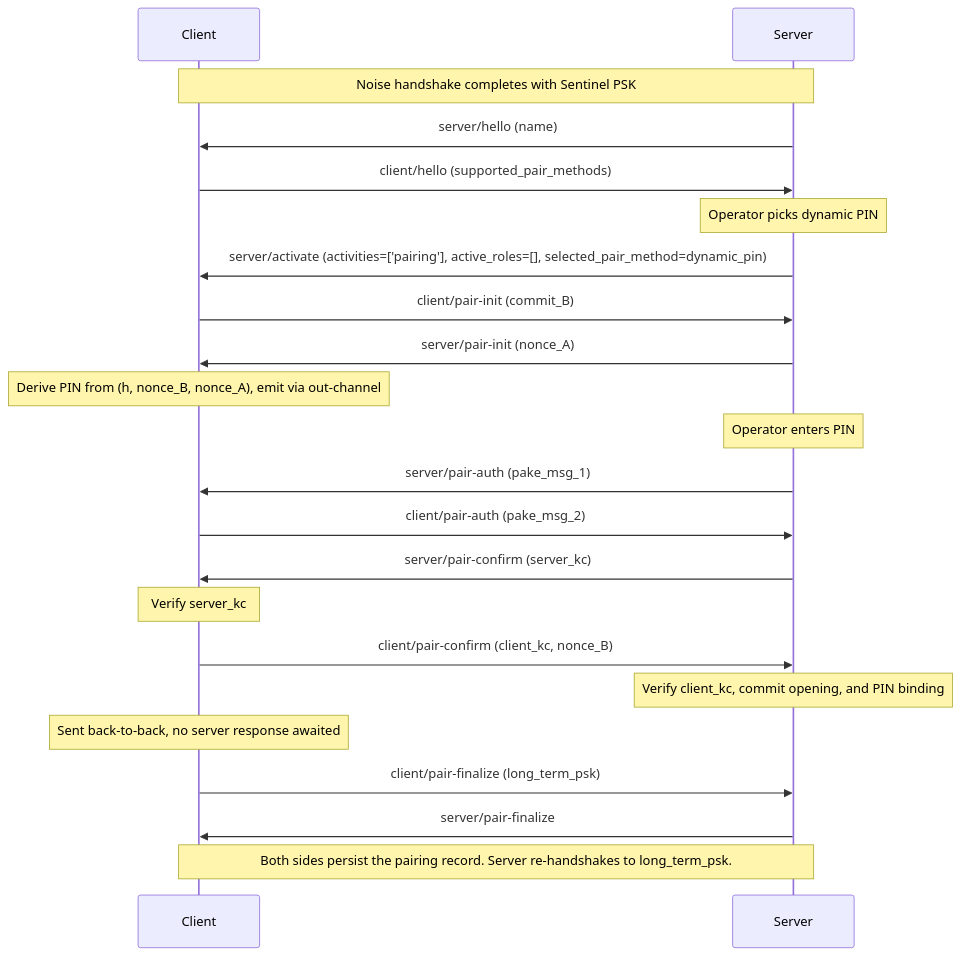
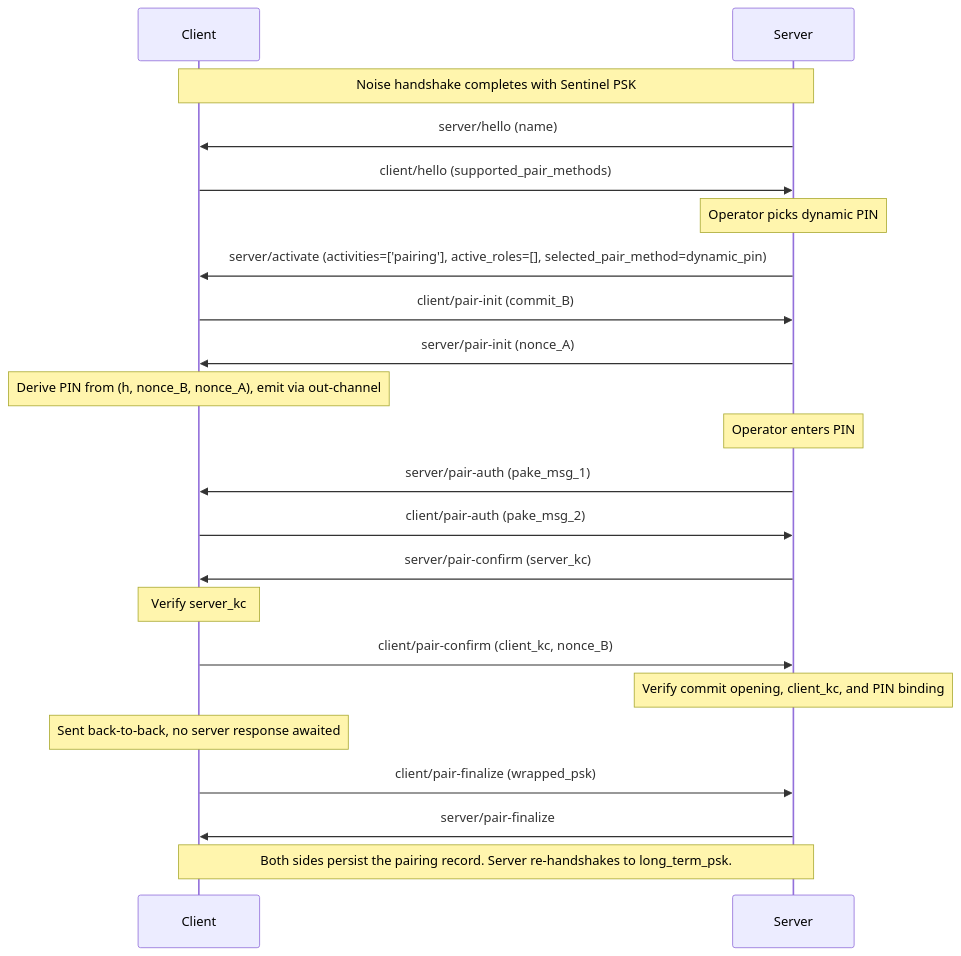
One commit to Resonate-Protocol/spec changed the third of 4 diagrams in README.md. Above: the diagram before and after it, drawn with Mermaid. The commit also changed other lines of this file, not shown here.

First line of the commit message:
Wrap PSK under CPace output

````diff
--- a/README.md
+++ b/README.md
@@ -776,26 +776,26 @@
 ```mermaid
 sequenceDiagram
     participant Client
     participant Server
 
     Note over Client,Server: Noise handshake completes with Sentinel PSK
 
     Server->>Client: server/hello (name)
     Client->>Server: client/hello (supported_pair_methods)
     Note over Server: Operator picks dynamic PIN
     Server->>Client: server/activate (activities=['pairing'], active_roles=[], selected_pair_method=dynamic_pin)
     Client->>Server: client/pair-init (commit_B)
     Server->>Client: server/pair-init (nonce_A)
     Note over Client: Derive PIN from (h, nonce_B, nonce_A), emit via out-channel
     Note over Server: Operator enters PIN
     Server->>Client: server/pair-auth (pake_msg_1)
     Client->>Server: client/pair-auth (pake_msg_2)
     Server->>Client: server/pair-confirm (server_kc)
     Note over Client: Verify server_kc
     Client->>Server: client/pair-confirm (client_kc, nonce_B)
-    Note over Server: Verify client_kc, commit opening, and PIN binding
+    Note over Server: Verify commit opening, client_kc, and PIN binding
     Note over Client: Sent back-to-back, no server response awaited
-    Client->>Server: client/pair-finalize (long_term_psk)
+    Client->>Server: client/pair-finalize (wrapped_psk)
     Server->>Client: server/pair-finalize
     Note over Client,Server: Both sides persist the pairing record. Server re-handshakes to long_term_psk.
 ```
````
